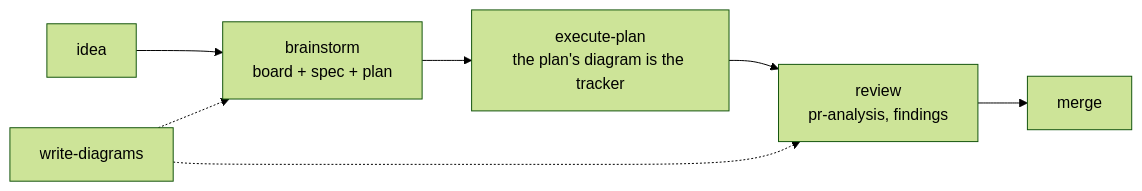
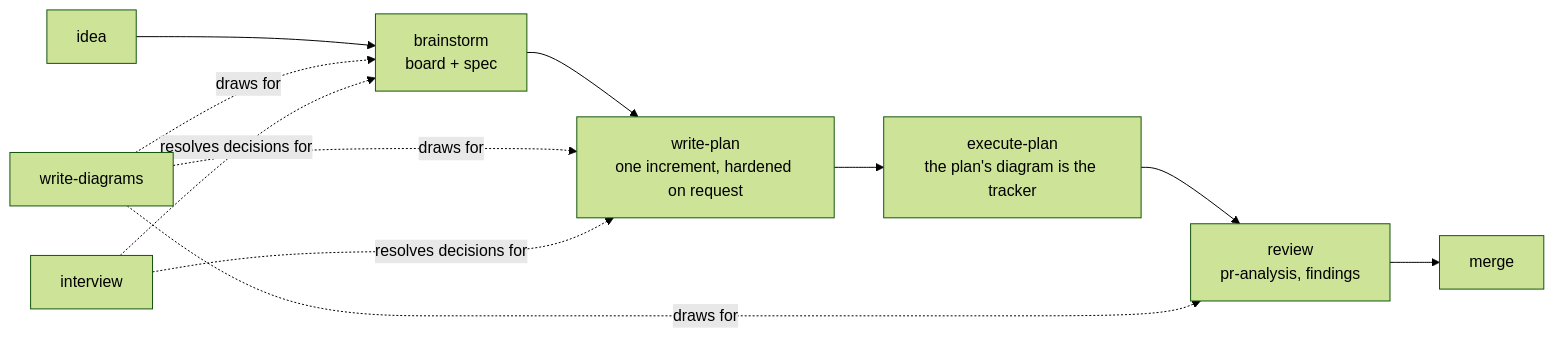
Before and after one commit to Ovich/charrette: the diagram in README.md, drawn with Mermaid (forest theme). The commit also changed other lines of this file and 7 other files, not shown here.

First line of the commit message:
feat: interview and write-plan skills, brainstorm ends at the spec

````diff
--- a/README.md
+++ b/README.md
@@ -14,9 +16,10 @@
 ```mermaid
 flowchart LR
-  I["idea"] --> B["brainstorm<br/>board + spec + plan"]
-  B --> E["execute-plan<br/>the plan's diagram is the tracker"]
+  I["idea"] --> B["brainstorm<br/>board + spec"]
+  B --> P["write-plan<br/>one increment, hardened on request"]
+  P --> E["execute-plan<br/>the plan's diagram is the tracker"]
   E --> R["review<br/>pr-analysis, findings"]
   R --> M["merge"]
-  D["write-diagrams"] -.-> B
-  D -.-> R
+  D["write-diagrams"] -.->|draws for| B & P & R
+  Q["interview"] -.->|resolves decisions for| B & P
 ```
````
